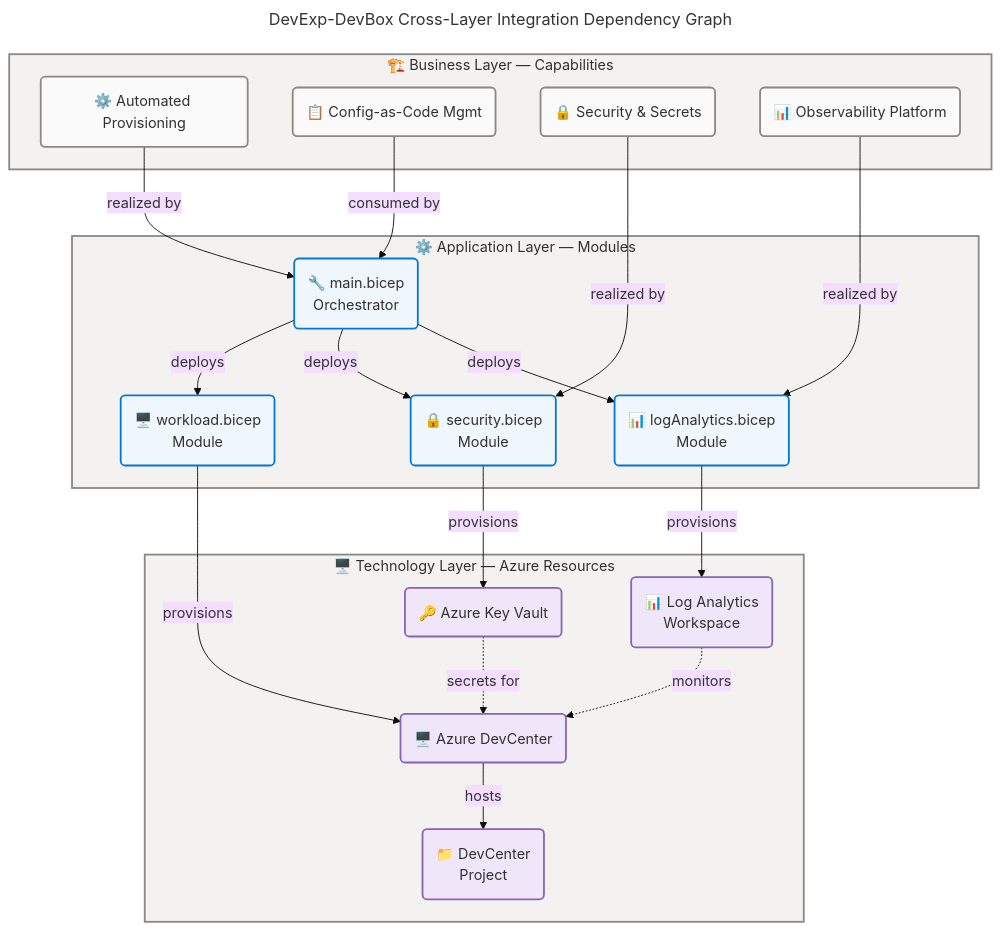
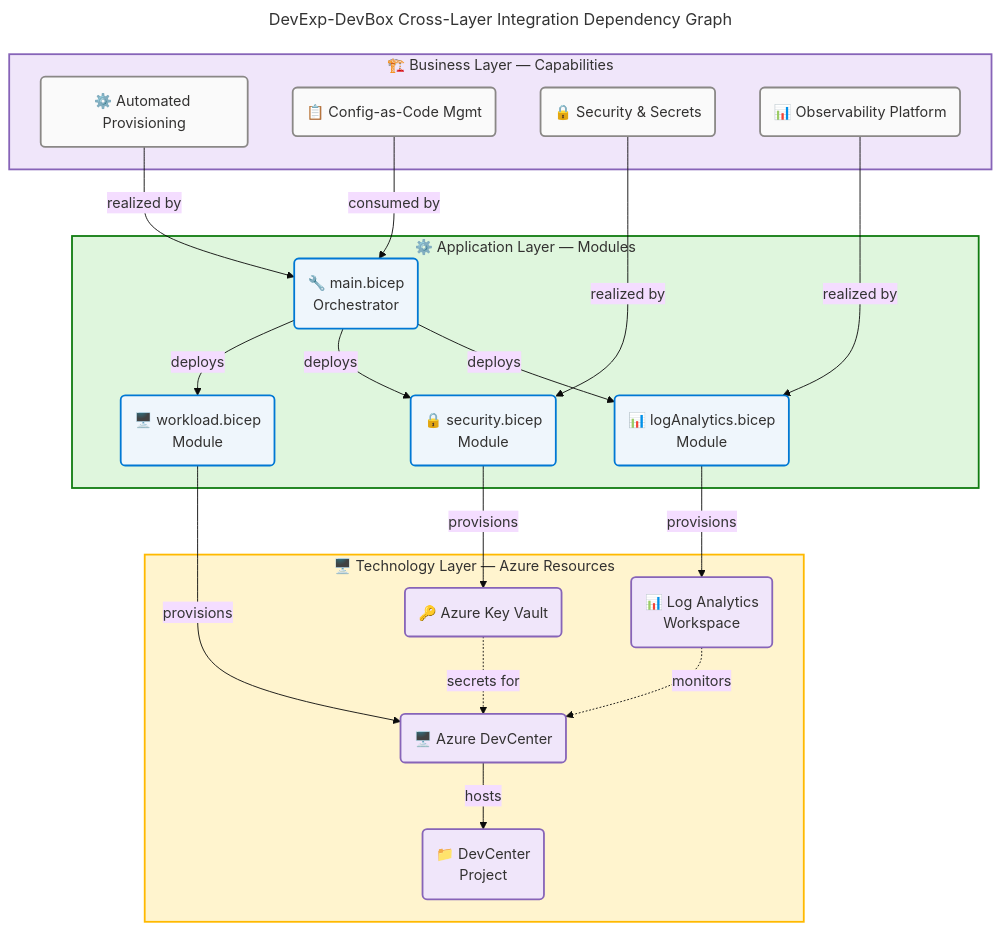
One commit to Evilazaro/DevExp-DevBox changed the seventh of 7 diagrams in docs/architecture/business-architecture.md. Above: the diagram before and after it, drawn with Mermaid. The commit also changed other lines of this file, not shown here.

Commit message:
refactor: Update Mermaid diagram styles for improved visual clarity in business architecture documentation

````diff
--- a/docs/architecture/business-architecture.md
+++ b/docs/architecture/business-architecture.md
@@ -1403,70 +1415,70 @@
 ```mermaid
 ---
 title: DevExp-DevBox Cross-Layer Integration Dependency Graph
 config:
   theme: base
   look: classic
   layout: dagre
   themeVariables:
     fontSize: '16px'
   flowchart:
     htmlLabels: true
 ---
 flowchart TB
     accTitle: DevExp-DevBox Cross-Layer Integration Dependency Graph
     accDescr: Shows Business capabilities mapping to Application Bicep modules and Azure Technology resources across three architectural layers with directional dependency and observability feedback relationships.
 
     %% ═══════════════════════════════════════════════════════════════════════════
     %% AZURE / FLUENT ARCHITECTURE PATTERN v1.1
     %% (Semantic + Structural + Font + Accessibility Governance)
     %% ═══════════════════════════════════════════════════════════════════════════
     %% PHASE 1 - FLUENT UI: All styling uses approved Fluent UI palette only
     %% PHASE 2 - GROUPS: Every subgraph has semantic color via style directive
     %% PHASE 3 - COMPONENTS: Every node has semantic classDef + icon prefix
     %% PHASE 4 - ACCESSIBILITY: accTitle/accDescr present, WCAG AA contrast
     %% PHASE 5 - STANDARD: Governance block present, classDefs centralized
     %% ═══════════════════════════════════════════════════════════════════════════
 
     subgraph bizLayer["🏗️ Business Layer — Capabilities"]
         cap1b("⚙️ Automated Provisioning"):::neutral
         cap2b("📋 Config-as-Code Mgmt"):::neutral
         cap3b("🔒 Security & Secrets"):::neutral
         cap4b("📊 Observability Platform"):::neutral
     end
 
     subgraph appLayer["⚙️ Application Layer — Modules"]
         mainBicep("🔧 main.bicep<br/>Orchestrator"):::core
         secMod("🔒 security.bicep<br/>Module"):::core
         monMod("📊 logAnalytics.bicep<br/>Module"):::core
         wrkMod("🖥️ workload.bicep<br/>Module"):::core
     end
 
     subgraph techLayer["🖥️ Technology Layer — Azure Resources"]
         kvRes("🔑 Azure Key Vault"):::data
         laRes("📊 Log Analytics<br/>Workspace"):::data
         dcRes("🖥️ Azure DevCenter"):::data
         projRes("📁 DevCenter<br/>Project"):::data
     end
 
     cap1b -->|"realized by"| mainBicep
     cap2b -->|"consumed by"| mainBicep
     cap3b -->|"realized by"| secMod
     cap4b -->|"realized by"| monMod
     mainBicep -->|"deploys"| monMod
     mainBicep -->|"deploys"| secMod
     mainBicep -->|"deploys"| wrkMod
     secMod -->|"provisions"| kvRes
     monMod -->|"provisions"| laRes
     wrkMod -->|"provisions"| dcRes
     dcRes -->|"hosts"| projRes
     laRes -.->|"monitors"| dcRes
     kvRes -.->|"secrets for"| dcRes
 
-    style bizLayer fill:#F3F2F1,stroke:#8A8886,stroke-width:2px,color:#323130
-    style appLayer fill:#F3F2F1,stroke:#8A8886,stroke-width:2px,color:#323130
-    style techLayer fill:#F3F2F1,stroke:#8A8886,stroke-width:2px,color:#323130
+    style bizLayer fill:#F0E6FA,stroke:#8764B8,stroke-width:2px,color:#323130
+    style appLayer fill:#DFF6DD,stroke:#107C10,stroke-width:2px,color:#323130
+    style techLayer fill:#FFF4CE,stroke:#FFB900,stroke-width:2px,color:#323130
 
     classDef neutral fill:#FAFAFA,stroke:#8A8886,stroke-width:2px,color:#323130
     classDef core fill:#EFF6FC,stroke:#0078D4,stroke-width:2px,color:#323130
     classDef data fill:#F0E6FA,stroke:#8764B8,stroke-width:2px,color:#323130
 ```
````
